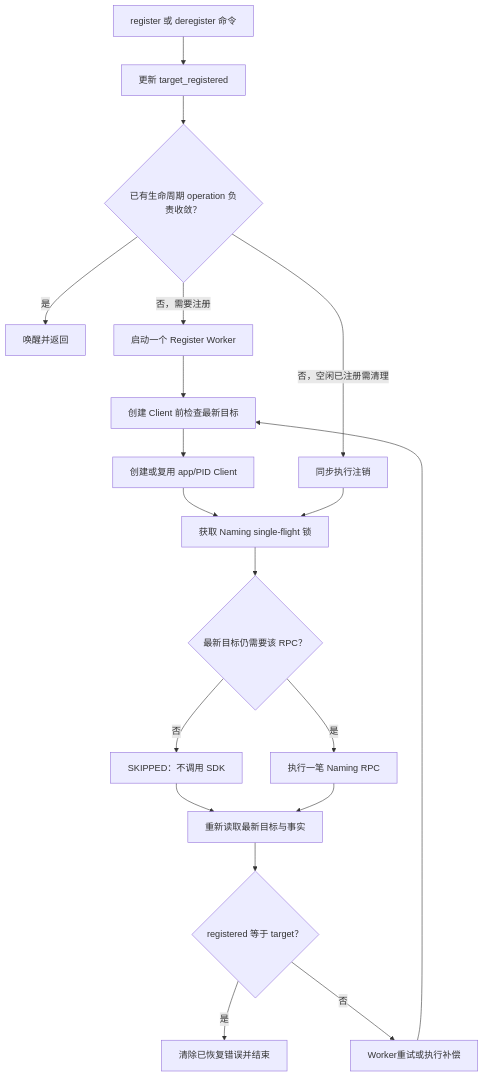
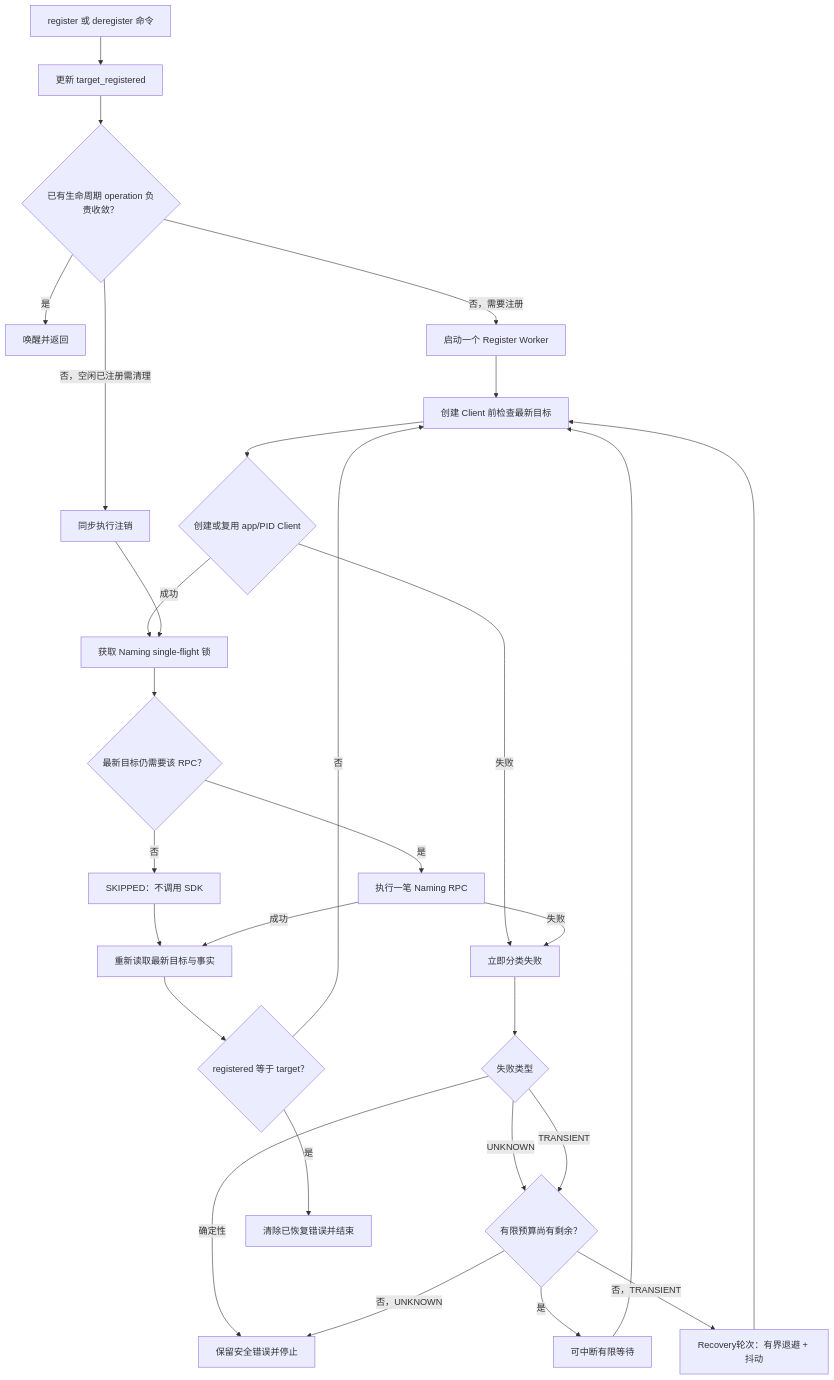
The second of 2 diagrams in docs/service-registration.zh-CN.md (pumpkin-nbc/Flask-Nacos), drawn with Mermaid before and after one commit. The commit also changed other lines of this file and 25 other files, not shown here.

````diff
--- a/docs/service-registration.zh-CN.md
+++ b/docs/service-registration.zh-CN.md
@@ -69,21 +70,31 @@
 ```mermaid
 flowchart TD
     A["register 或 deregister 命令"] --> B["更新 target_registered"]
     B --> C{"已有生命周期 operation 负责收敛？"}
     C -- "是" --> D["唤醒并返回"]
     C -- "否，需要注册" --> E["启动一个 Register Worker"]
     C -- "否，空闲已注册需清理" --> F["同步执行注销"]
     E --> G["创建 Client 前检查最新目标"]
-    G --> H["创建或复用 app/PID Client"]
-    H --> I["获取 Naming single-flight 锁"]
+    G --> H{"创建或复用 app/PID Client"}
+    H -- "成功" --> I["获取 Naming single-flight 锁"]
+    H -- "失败" --> P["立即分类失败"]
     F --> I
     I --> J{"最新目标仍需要该 RPC？"}
     J -- "否" --> K["SKIPPED：不调用 SDK"]
     J -- "是" --> L["执行一笔 Naming RPC"]
     K --> M["重新读取最新目标与事实"]
-    L --> M
+    L -- "成功" --> M
+    L -- "失败" --> P
+    P --> Q{"失败类型"}
+    Q -- "确定性" --> R["保留安全错误并停止"]
+    Q -- "UNKNOWN" --> S{"有限预算尚有剩余？"}
+    Q -- "TRANSIENT" --> S
+    S -- "是" --> T["可中断有限等待"]
+    T --> G
+    S -- "否，UNKNOWN" --> R
+    S -- "否，TRANSIENT" --> U["Recovery轮次：有界退避 + 抖动"]
+    U --> G
     M --> N{"registered 等于 target？"}
     N -- "是" --> O["清除已恢复错误并结束"]
-    N -- "否" --> P["Worker重试或执行补偿"]
-    P --> G
+    N -- "否" --> G
 ```
````
